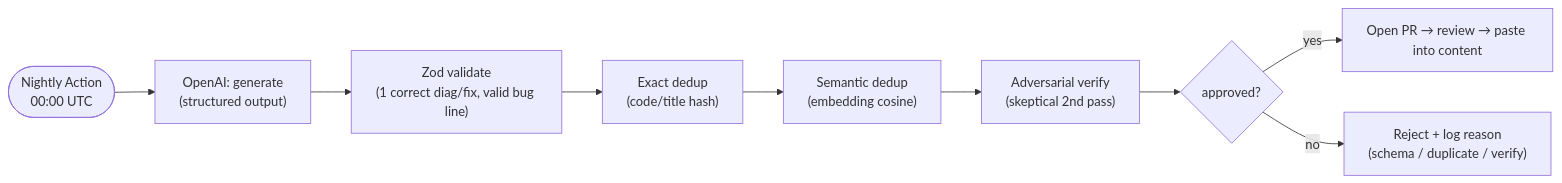
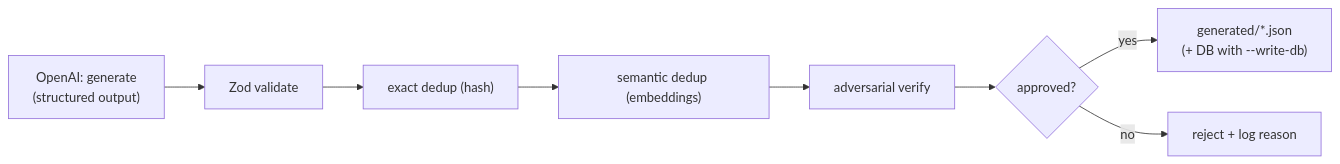
Before and after one commit to TestZucky/bug_hunter: the third of 3 diagrams in README.md, drawn with Mermaid. The commit also changed other lines of this file and 46 other files, not shown here.

````diff
--- a/README.md
+++ b/README.md
@@ -107,11 +134,10 @@
 ```mermaid
 flowchart LR
-    Cron([Nightly Action<br/>00:00 UTC]) --> Gen["OpenAI: generate<br/>(structured output)"]
-    Gen --> Zod["Zod validate<br/>(1 correct diag/fix, valid bug line)"]
-    Zod --> Hash["Exact dedup<br/>(code/title hash)"]
-    Hash --> Embed["Semantic dedup<br/>(embedding cosine)"]
-    Embed --> Verify["Adversarial verify<br/>(skeptical 2nd pass)"]
+    Gen["OpenAI: generate<br/>(structured output)"] --> Zod["Zod validate"]
+    Zod --> Hash["exact dedup (hash)"]
+    Hash --> Embed["semantic dedup (embeddings)"]
+    Embed --> Verify["adversarial verify"]
     Verify --> Gate{approved?}
-    Gate -->|yes| PR["Open PR → review → paste into content"]
-    Gate -->|no| Drop["Reject + log reason<br/>(schema / duplicate / verify)"]
+    Gate -->|yes| Out["generated/*.json<br/>(+ DB with --write-db)"]
+    Gate -->|no| Drop["reject + log reason"]
 ```
````
